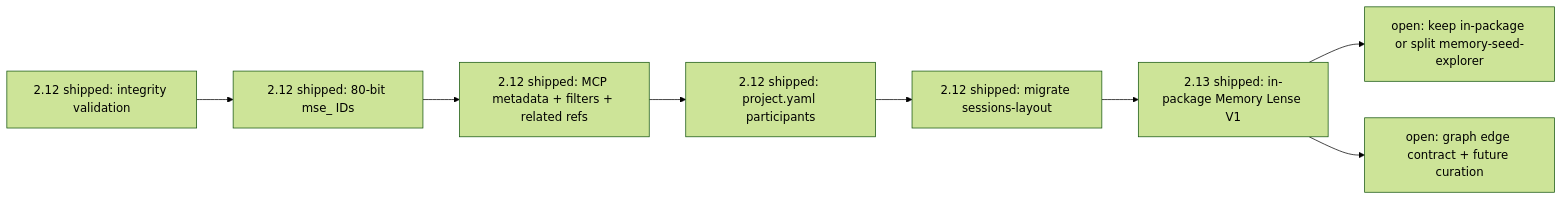
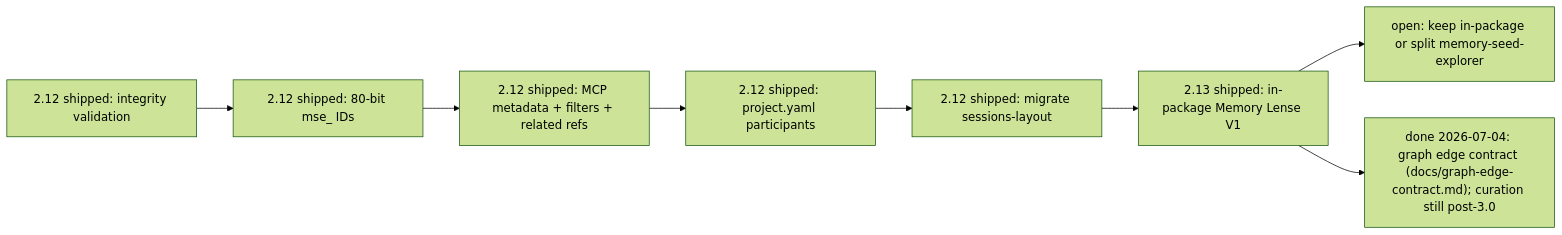
Before and after one commit to jnl-tshi/memory-seed: the diagram in docs/todo/3.0-plan.md, drawn with Mermaid (forest theme). The commit also changed other lines of this file and 5 other files, not shown here.

````diff
--- a/docs/todo/3.0-plan.md
+++ b/docs/todo/3.0-plan.md
@@ -364,11 +374,11 @@
 ```mermaid
 flowchart LR
   P3["2.12 shipped: integrity validation"]
   P3 --> ID["2.12 shipped: 80-bit mse_ IDs"]
   ID --> P4["2.12 shipped: MCP metadata + filters + related refs"]
   P4 --> S2["2.12 shipped: project.yaml participants"]
   S2 --> P5["2.12 shipped: migrate sessions-layout"]
   P5 --> LENSE["2.13 shipped: in-package Memory Lense V1"]
   LENSE --> DIST["open: keep in-package or split memory-seed-explorer"]
-  LENSE --> GRAPH["open: graph edge contract + future curation"]
+  LENSE --> GRAPH["done 2026-07-04: graph edge contract (docs/graph-edge-contract.md); curation still post-3.0"]
 ```
````
